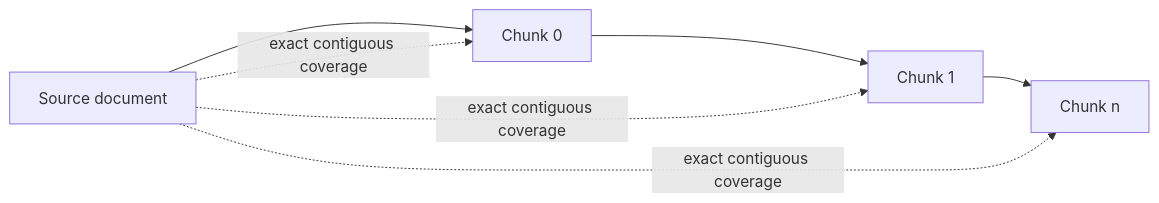
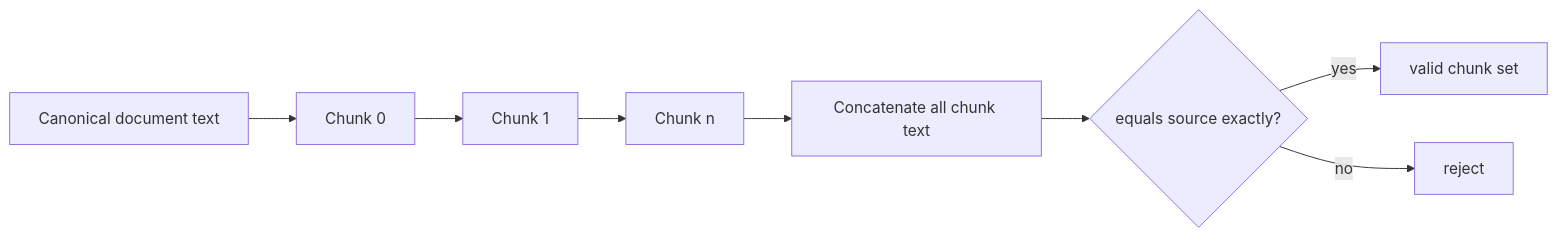
The sixth of 7 diagrams in docs/architecture/KNOWLEDGE_MODEL.md (kumarchandansingh/tropos), drawn with Mermaid before and after one commit. The commit also changed other lines of this file and 13 other files, not shown here.

Commit message:
docs: rebuild Tropos living architecture

````diff
--- a/docs/architecture/KNOWLEDGE_MODEL.md
+++ b/docs/architecture/KNOWLEDGE_MODEL.md
@@ -81,9 +169,11 @@
 ```mermaid
 flowchart LR
-    S[Source document] --> C1[Chunk 0]
-    C1 --> C2[Chunk 1]
-    C2 --> C3[Chunk n]
-    S -. exact contiguous coverage .-> C1
-    S -. exact contiguous coverage .-> C2
-    S -. exact contiguous coverage .-> C3
+    Source[Canonical document text]
+    --> C0[Chunk 0]
+    --> C1[Chunk 1]
+    --> CN[Chunk n]
+    CN --> Rebuild[Concatenate all chunk text]
+    Rebuild --> Check{equals source exactly?}
+    Check -- yes --> Valid[valid chunk set]
+    Check -- no --> Reject[reject]
 ```
````
